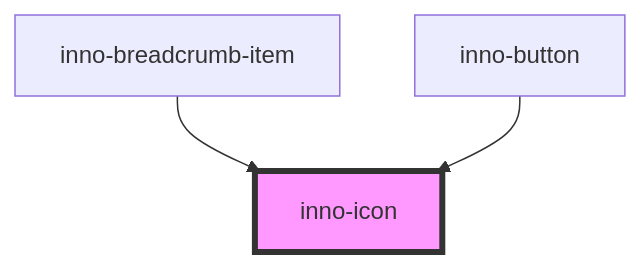
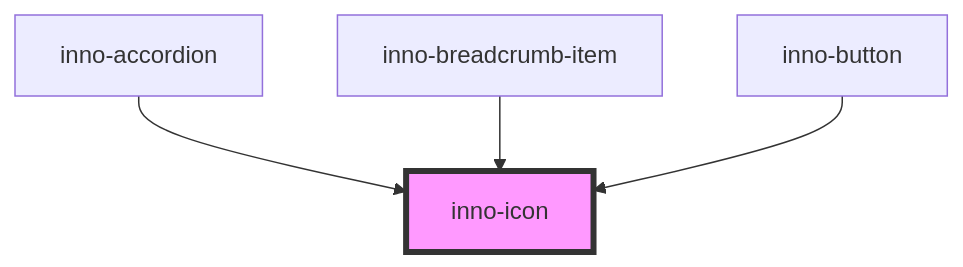
The diagram in packages/stencil-lib/src/components/inno-icon/readme.md (innomotics/brand-experience), drawn with Mermaid before and after one commit. The commit also changed other lines of this file and 19 other files, not shown here.

````diff
--- a/packages/stencil-lib/src/components/inno-icon/readme.md
+++ b/packages/stencil-lib/src/components/inno-icon/readme.md
@@ -24,6 +26,7 @@
 ```mermaid
 graph TD;
+  inno-accordion --> inno-icon
   inno-breadcrumb-item --> inno-icon
   inno-button --> inno-icon
   style inno-icon fill:#f9f,stroke:#333,stroke-width:4px
 ```
````
